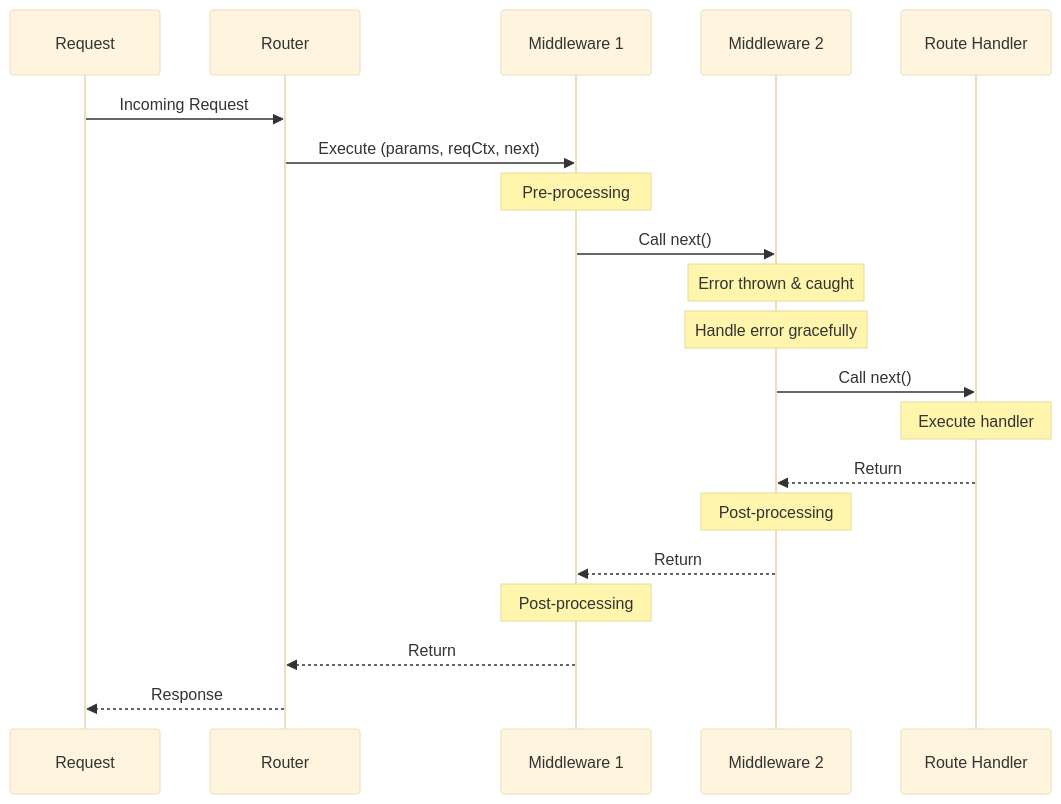
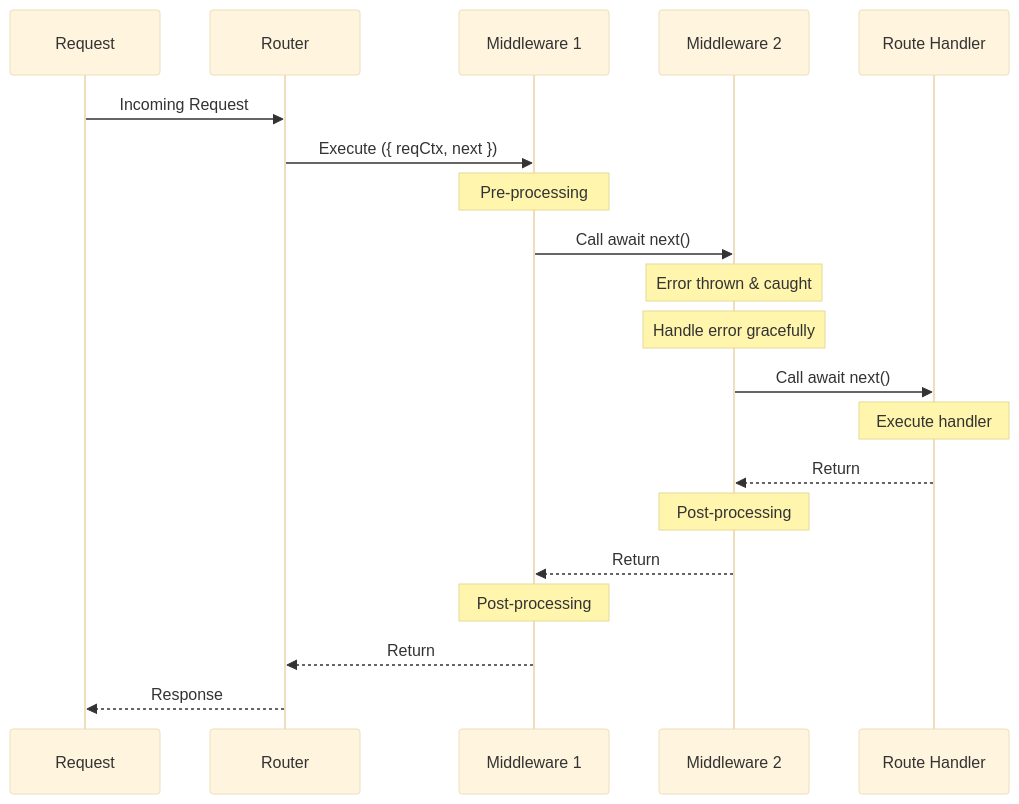
The diagram in examples/snippets/event-handler/rest/diagrams/middleware_handled_error.mermaid (aws-powertools/powertools-lambda-typescript), drawn with Mermaid (base theme) before and after one commit. The commit also changed 23 other files, not shown here.

```diff
--- a/examples/snippets/event-handler/rest/diagrams/middleware_handled_error.mermaid
+++ b/examples/snippets/event-handler/rest/diagrams/middleware_handled_error.mermaid
@@ -1,21 +1,21 @@
 sequenceDiagram
     participant Request
     participant Router
     participant M1 as Middleware 1
     participant M2 as Middleware 2
     participant Handler as Route Handler
 
     Request->>Router: Incoming Request
-    Router->>M1: Execute (params, reqCtx, next)
+    Router->>M1: Execute ({ reqCtx, next })
     Note over M1: Pre-processing
-    M1->>M2: Call next()
+    M1->>M2: Call await next()
     Note over M2: Error thrown & caught
     Note over M2: Handle error gracefully
-    M2->>Handler: Call next()
+    M2->>Handler: Call await next()
     Note over Handler: Execute handler
     Handler-->>M2: Return
     Note over M2: Post-processing
     M2-->>M1: Return
     Note over M1: Post-processing
     M1-->>Router: Return
     Router-->>Request: Response
```
